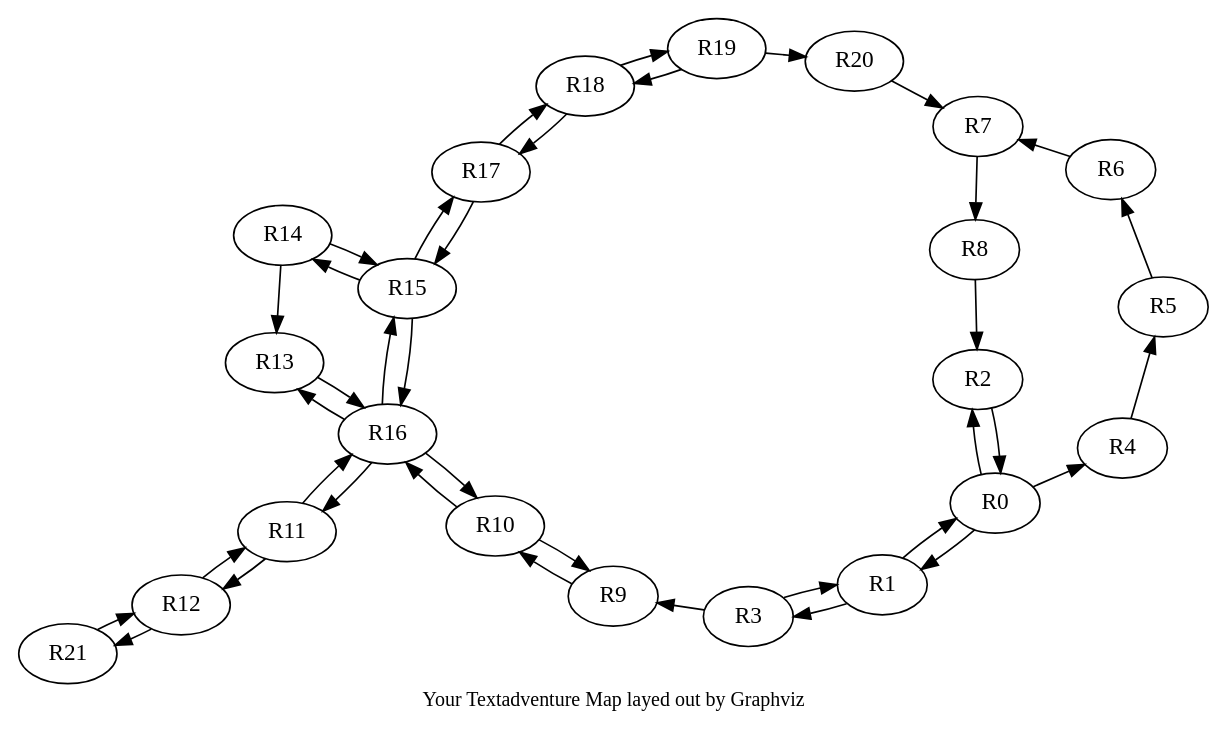
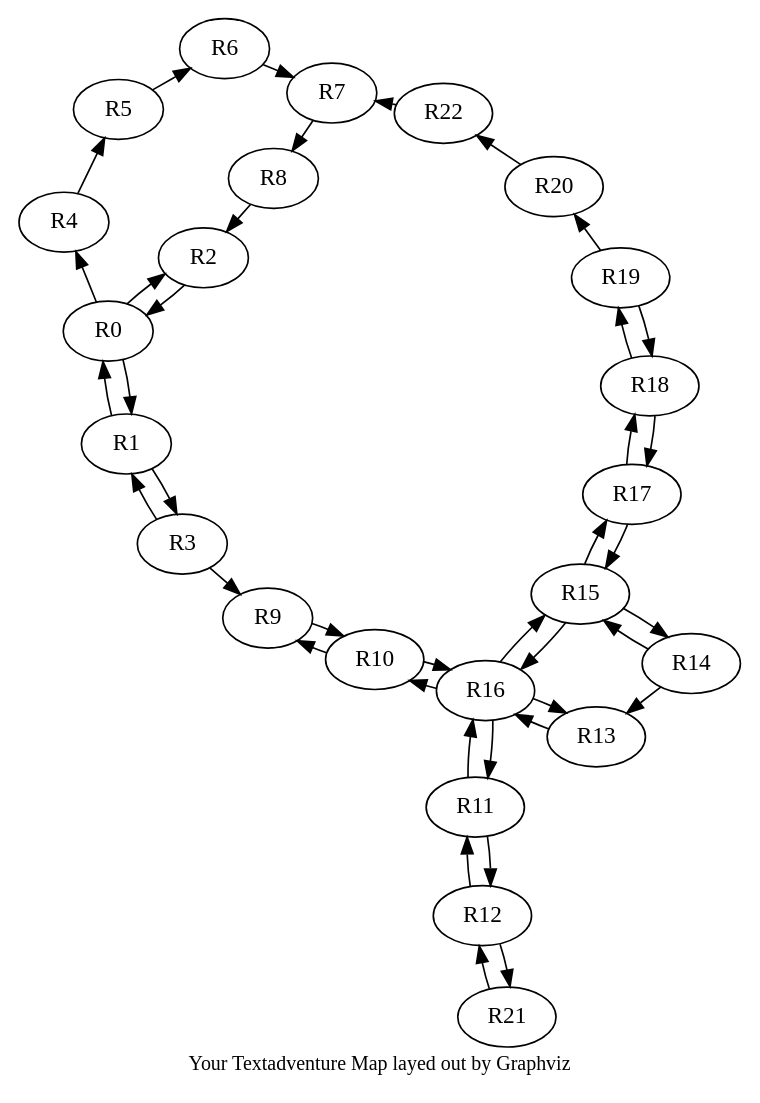
The diagram in main.gv (Thadhaus/textadventure-ravenswood-color), drawn with Graphviz before and after one commit. The commit also changed 1 other file, not shown here.

```diff
--- a/main.gv
+++ b/main.gv
@@ -1,46 +1,47 @@
 
 digraph Ravenswood {
 layout=neato
 R2->R0
 R3->R1
 R6->R7
 R10->R9
 R11->R16
 R12->R11
 R15->R14
 R16->R10
-R20->R7
+R20->R22
 R21->R12
+R22->R7
 R0->R2
 R1->R3
 R3->R9
 R7->R8
 R9->R10
 R10->R16
 R11->R12
 R12->R21
 R14->R15
 R16->R11
 R0->R1
 R4->R5
 R13->R16
 R15->R17
 R16->R15
 R17->R18
 R18->R19
 R0->R4
 R1->R0
 R14->R13
 R15->R16
 R16->R13
 R17->R15
 R18->R17
 R19->R18
 R5->R6
 R19->R20
 R8->R2
 
 overlap=false
 label="Your Textadventure Map layed out by Graphviz "
 fontsize=12;
 }
```
